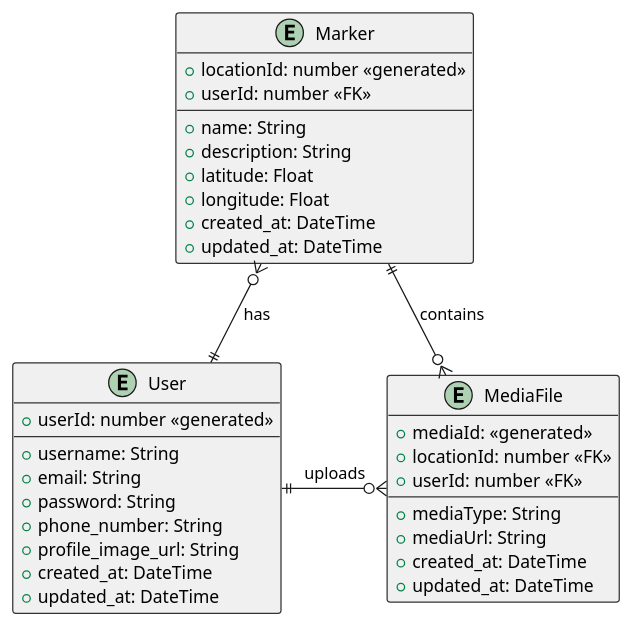
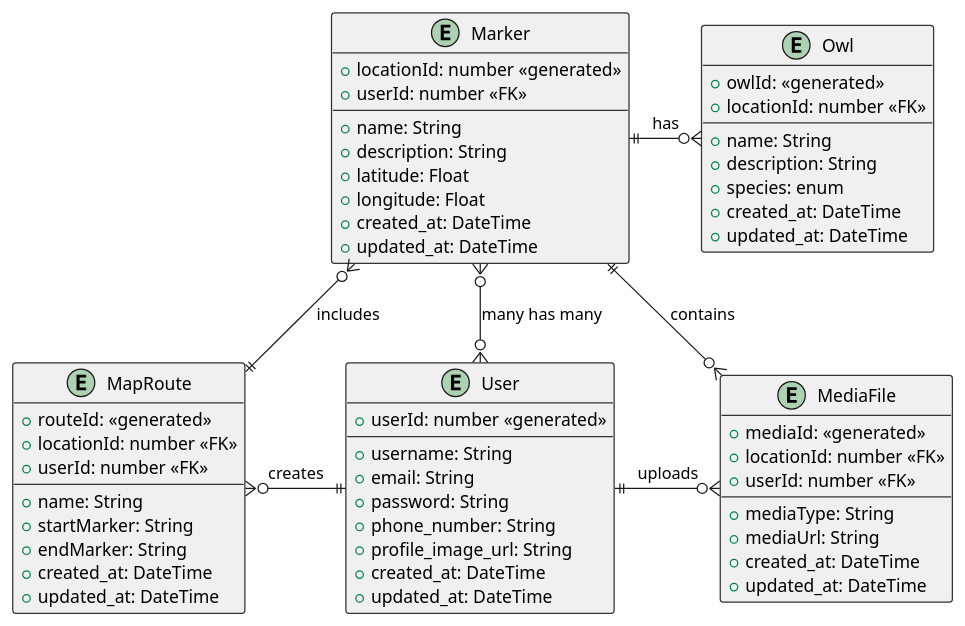
One commit to inatagan/owlmapapi changed the diagram in docs/diagrams/entity_diagram.plantuml. Above: the diagram before and after it, drawn with PlantUML. The commit also changed 4 other files, not shown here.

```diff
--- a/docs/diagrams/entity_diagram.plantuml
+++ b/docs/diagrams/entity_diagram.plantuml
@@ -1,42 +1,66 @@
 @startuml
 skinparam class {
     BackgroundColor #f0f0f0
     BorderColor #333333
     BorderThickness 1
 }
 entity "User" as Users {
     +userId: number <<generated>>
     --
     +username: String
     +email: String
     +password: String
     +phone_number: String
     +profile_image_url: String
     +created_at: DateTime
     +updated_at: DateTime
 }
 entity "Marker" as Markers {
     +locationId: number <<generated>>
     +userId: number <<FK>>
     --
     +name: String
     +description: String
     +latitude: Float
     +longitude: Float
     +created_at: DateTime
     +updated_at: DateTime
 }
 entity "MediaFile" as MediaFiles {
     +mediaId: <<generated>>
     +locationId: number <<FK>>
     +userId: number <<FK>>
     --
     +mediaType: String
     +mediaUrl: String
     +created_at: DateTime
     +updated_at: DateTime
 }
-Users ||-u-o{ Markers : "has"
+entity "MapRoute" as MapRoutes {
+    +routeId: <<generated>>
+    +locationId: number <<FK>>
+    +userId: number <<FK>>
+    --
+    +name: String
+    +startMarker: String
+    +endMarker: String
+    +created_at: DateTime
+    +updated_at: DateTime
+}
+entity "Owl" as Owls {
+    +owlId: <<generated>>
+    +locationId: number <<FK>>
+    --
+    +name: String
+    +description: String
+    +species: enum
+    +created_at: DateTime
+    +updated_at: DateTime
+}
+Users }o-u-o{ Markers : "many has many"
 Users ||-r-o{ MediaFiles : "uploads"
 Markers ||-r-o{ MediaFiles : "contains"
+Markers ||-r-o{ Owls : "has"
+Users ||-l-o{ MapRoutes : "creates"
+MapRoutes ||-u-o{ Markers : "includes"
 @enduml
```
